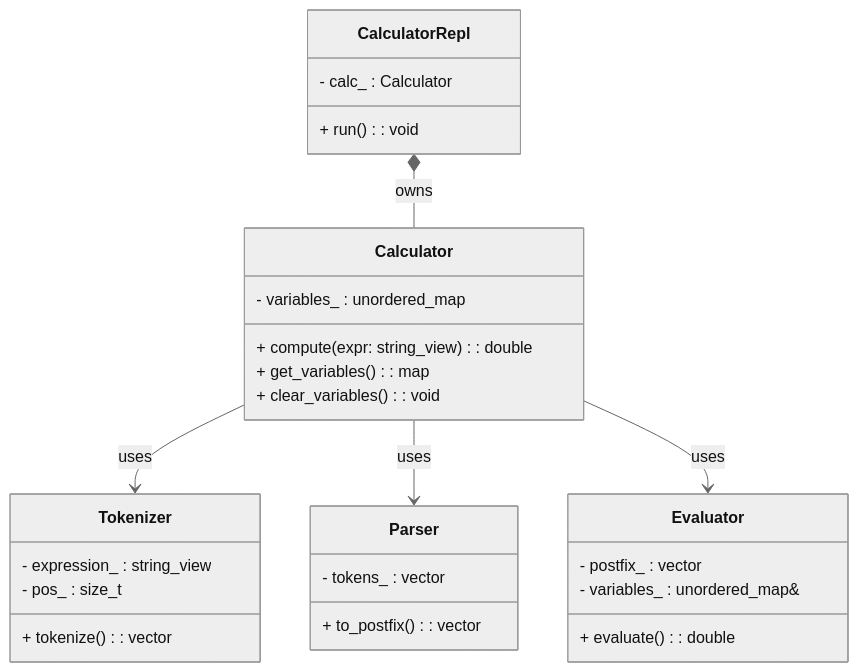
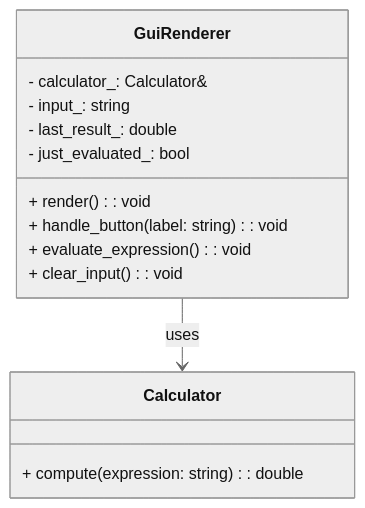
One commit to cheung4843/calculator-gui changed the diagram in docs/UML.md. Above: the diagram before and after it, drawn with Mermaid (neutral theme). The commit also changed other lines of this file and 4 other files, not shown here.

````diff
--- a/docs/UML.md
+++ b/docs/UML.md
@@ -3,37 +3,19 @@
 ```mermaid
 classDiagram
-  class Tokenizer {
-    - expression_ : string_view
-    - pos_ : size_t
-    + tokenize() : vector<Token>
-  }
-
-  class Parser {
-    - tokens_ : vector<Token>
-    + to_postfix() : vector<Token>
-  }
-
-  class Evaluator {
-    - postfix_ : vector<Token>
-    - variables_ : unordered_map<string, double>&
-    + evaluate() : double
+  class GuiRenderer {
+    - calculator_: Calculator&
+    - input_: string
+    - last_result_: double
+    - just_evaluated_: bool
+    + render(): void
+    + handle_button(label: string): void
+    + evaluate_expression(): void
+    + clear_input(): void
   }
 
   class Calculator {
-    - variables_ : unordered_map<string, double>
-    + compute(expr: string_view) : double
-    + get_variables() : map<string, double>
-    + clear_variables() : void
+    + compute(expression: string): double
   }
 
-  class CalculatorRepl {
-    - calc_ : Calculator
-    + run() : void
-  }
-
-  %% 關係
-  Calculator --> Tokenizer : uses
-  Calculator --> Parser : uses
-  Calculator --> Evaluator : uses
-  CalculatorRepl *-- Calculator : owns
+  GuiRenderer --> Calculator : uses
 ```
````
